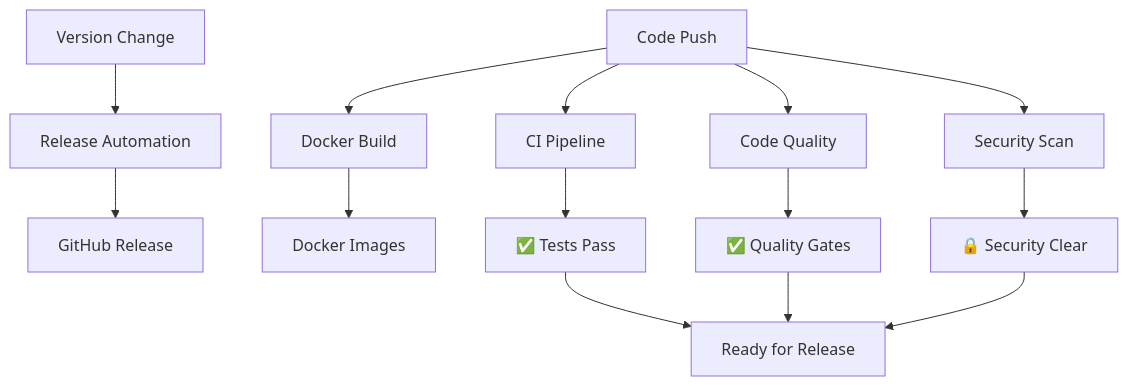
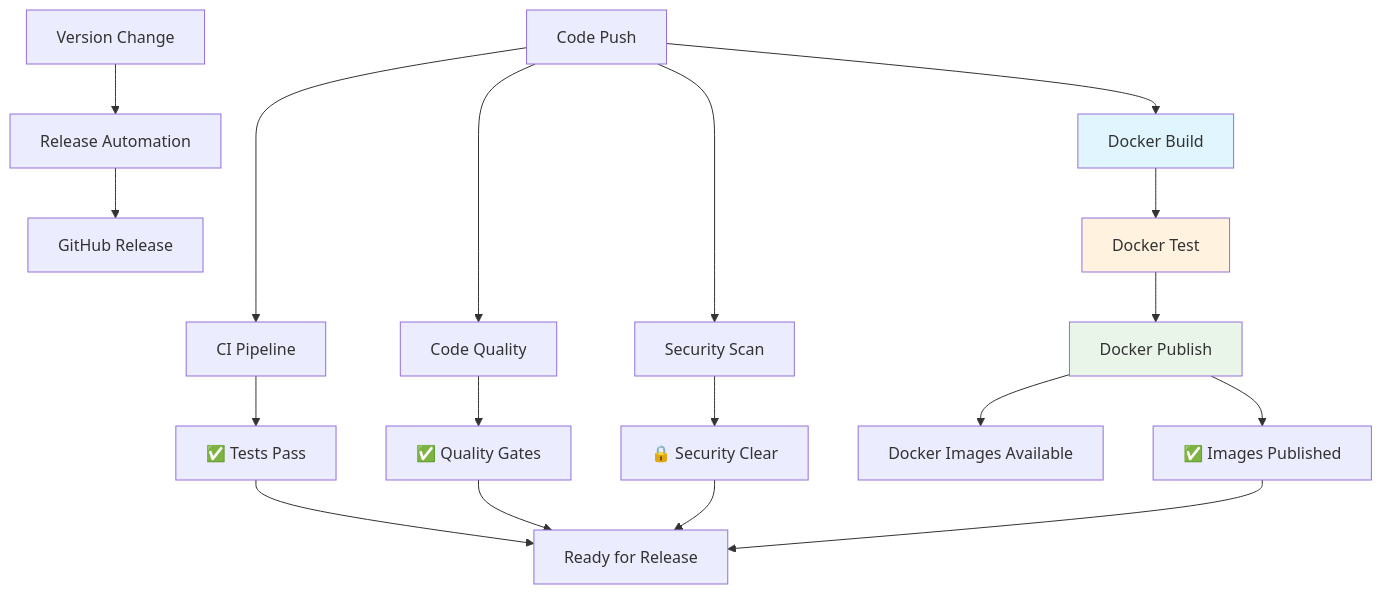
One commit to rohit-purandare/ShelfBridge changed the diagram in wiki/technical/GitHub-Workflows.md. Above: the diagram before and after it, drawn with Mermaid. The commit also changed other lines of this file and 4 other files, not shown here.

First line of the commit message:
ci: split Docker workflow into modular build/test/publish stages

````diff
--- a/wiki/technical/GitHub-Workflows.md
+++ b/wiki/technical/GitHub-Workflows.md
@@ -825,19 +927,28 @@
 ```mermaid
 graph TD
     A[Code Push] --> B[CI Pipeline]
     A --> C[Code Quality]
     A --> D[Security Scan]
     A --> E[Docker Build]
 
-    F[Version Change] --> G[Release Automation]
-    G --> H[GitHub Release]
-    E --> I[Docker Images]
+    E --> F[Docker Test]
+    F --> G[Docker Publish]
 
-    B --> J[✅ Tests Pass]
-    C --> K[✅ Quality Gates]
-    D --> L[🔒 Security Clear]
+    H[Version Change] --> I[Release Automation]
+    I --> J[GitHub Release]
+    G --> K[Docker Images Available]
 
-    J --> M[Ready for Release]
-    K --> M
-    L --> M
+    B --> L[✅ Tests Pass]
+    C --> M[✅ Quality Gates]
+    D --> N[🔒 Security Clear]
+    G --> O[✅ Images Published]
+
+    L --> P[Ready for Release]
+    M --> P
+    N --> P
+    O --> P
+
+    style E fill:#e1f5fe
+    style F fill:#fff3e0
+    style G fill:#e8f5e8
 ```
````
